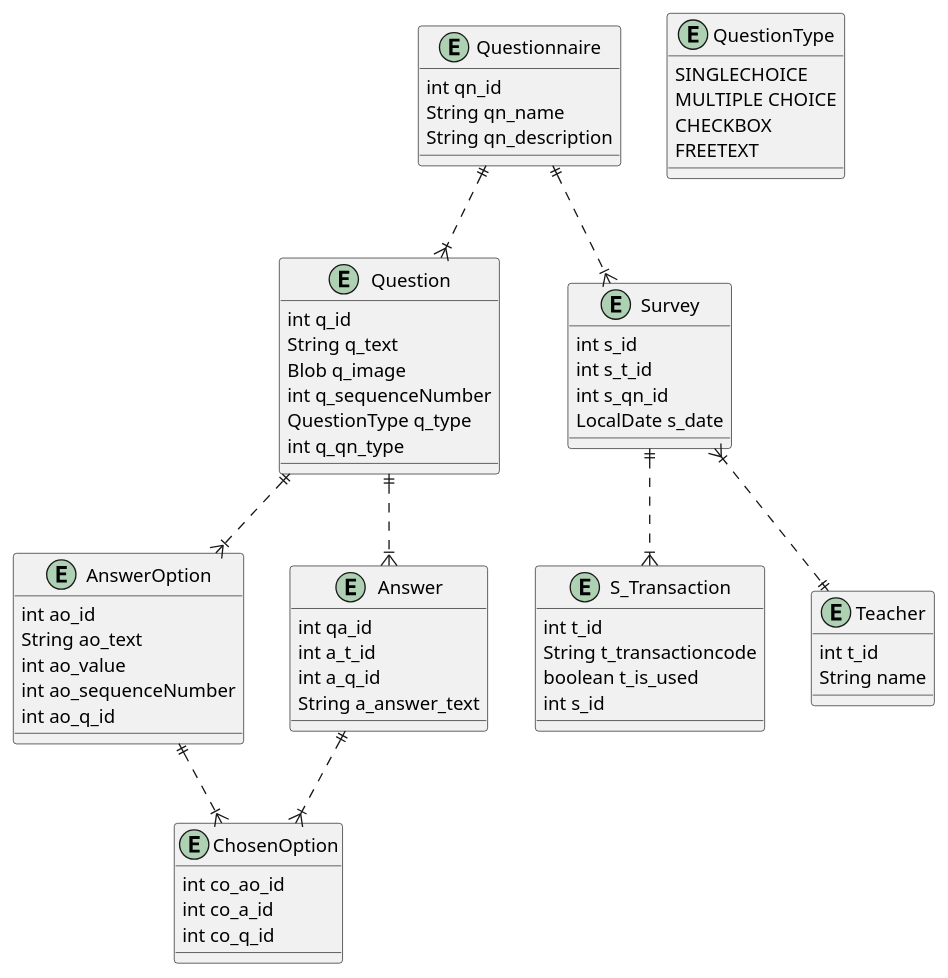
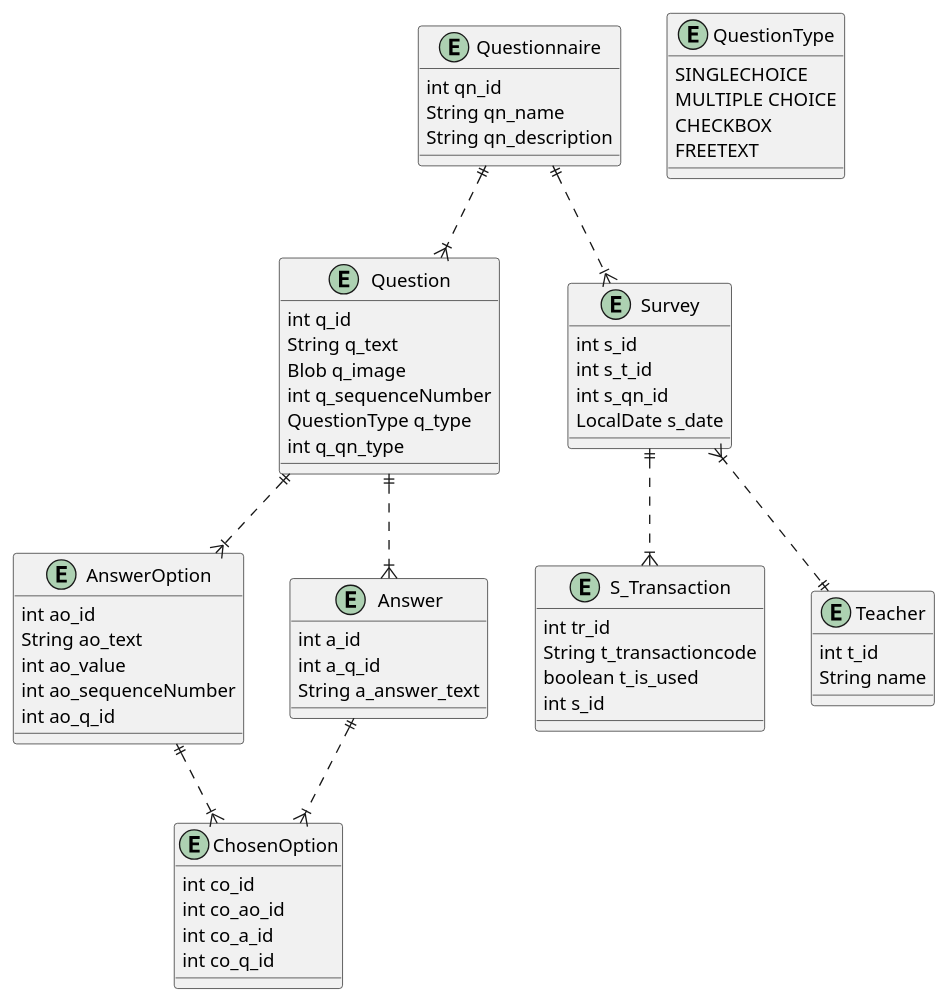
Before and after one commit to htl-leonding-project/leo-survey: the diagram in Docs/system-specification-leosurvey/asciidocs/plantuml/erd.puml, drawn with PlantUML. The commit also changed 1 other file, not shown here.

```diff
--- a/Docs/system-specification-leosurvey/asciidocs/plantuml/erd.puml
+++ b/Docs/system-specification-leosurvey/asciidocs/plantuml/erd.puml
@@ -1,66 +1,66 @@
 @startuml
 entity "Questionnaire" as 1{
     int qn_id
     String qn_name
     String qn_description
 }
 entity "Question" as 2 {
     int q_id
     String q_text
     Blob q_image
     int q_sequenceNumber
     QuestionType q_type
     int q_qn_type
 }
 entity "AnswerOption" as 3 {
     int ao_id
     String ao_text
     int ao_value
     int ao_sequenceNumber
     int ao_q_id
 }
 entity "ChosenOption" as 4 {
+    int co_id
     int co_ao_id
     int co_a_id
     int co_q_id
 }
 entity "Answer" as 5 {
-    int qa_id
-    int a_t_id
+    int a_id
     int a_q_id
     String a_answer_text
 }
 entity "S_Transaction" as 6 {
-    int t_id
+    int tr_id
     String t_transactioncode
     boolean t_is_used
     int s_id
 }
 entity QuestionType {
     SINGLECHOICE
     MULTIPLE CHOICE
     CHECKBOX
     FREETEXT
 }
 
 entity "Teacher" as 7 {
     int t_id
     String name
 }
 
 entity "Survey" as 8 {
     int s_id
     int s_t_id
     int s_qn_id
     LocalDate s_date
 }
 
 1 ||..|{ 2
 2 ||..|{ 3
 3 ||..|{ 4
 8 }|..|| 7
 8 ||..|{ 6
 2 ||..|{ 5
 5 ||..|{ 4
 1 ||..|{ 8
 @enduml
```
